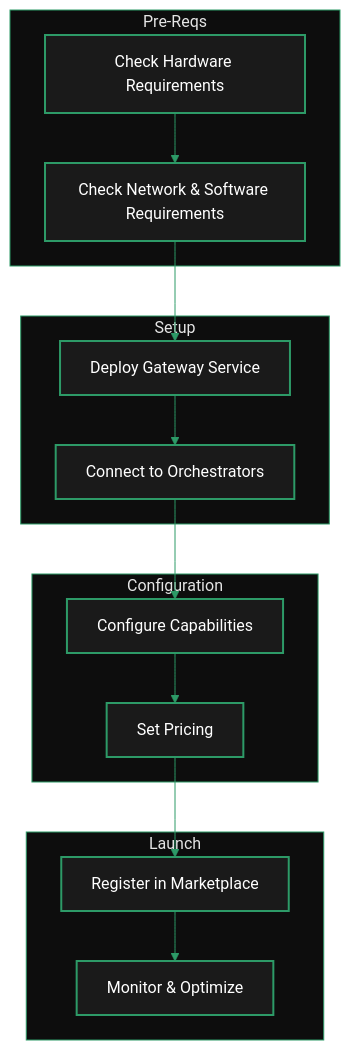
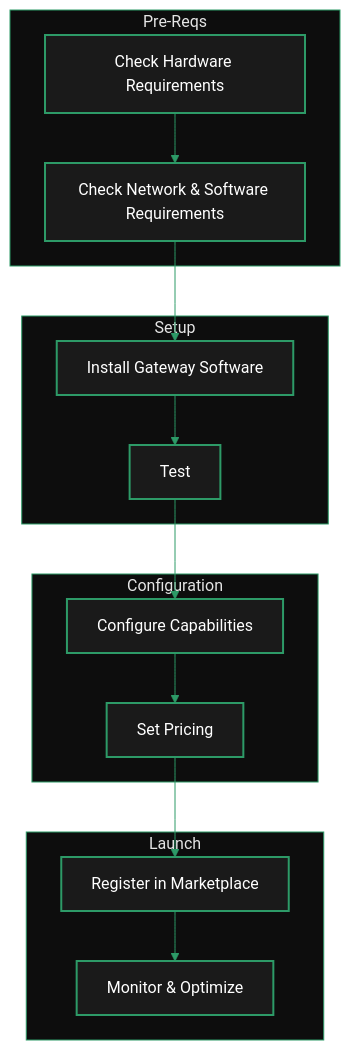
One commit to its-DeFine/docs changed the second of 2 diagrams in v2/pages/04_gateways/run-a-gateway/run-a-gateway.mdx. Above: the diagram before and after it, drawn with Mermaid. The commit also changed other lines of this file and 10 other files, not shown here.

````diff
--- a/v2/pages/04_gateways/run-a-gateway/run-a-gateway.mdx
+++ b/v2/pages/04_gateways/run-a-gateway/run-a-gateway.mdx
@@ -97,37 +97,37 @@
 ```mermaid
 %%{init: {'theme': 'base', 'themeVariables': { 'primaryColor': '#1a1a1a', 'primaryTextColor': '#fff', 'primaryBorderColor': '#2d9a67', 'lineColor': '#2d9a67', 'secondaryColor': '#0d0d0d', 'tertiaryColor': '#1a1a1a', 'background': '#0d0d0d', 'fontFamily': 'system-ui' }}}%%
 flowchart TB
     subgraph reqs["Pre-Reqs"]
         A["Check Hardware Requirements"]
         B["Check Network & Software Requirements"]
     end
 
     subgraph setup["Setup"]
-        C["Deploy Gateway Service"]
-        D["Connect to Orchestrators"]
+        C["Install Gateway Software"]
+        D["Test"]
     end
 
     subgraph config["Configuration"]
         E["Configure Capabilities"]
         F["Set Pricing"]
     end
 
     subgraph launch["Launch"]
         G["Register in Marketplace"]
         H["Monitor & Optimize"]
     end
 
     A --> B
     B --> C
     C --> D
     D --> E
     E --> F
     F --> G
     G --> H
 
     classDef default fill:#1a1a1a,color:#fff,stroke:#2d9a67,stroke-width:2px
     style reqs fill:#0d0d0d,stroke:#2d9a67,stroke-width:1px
     style setup fill:#0d0d0d,stroke:#2d9a67,stroke-width:1px
     style config fill:#0d0d0d,stroke:#2d9a67,stroke-width:1px
     style launch fill:#0d0d0d,stroke:#2d9a67,stroke-width:1px
 ```
````
